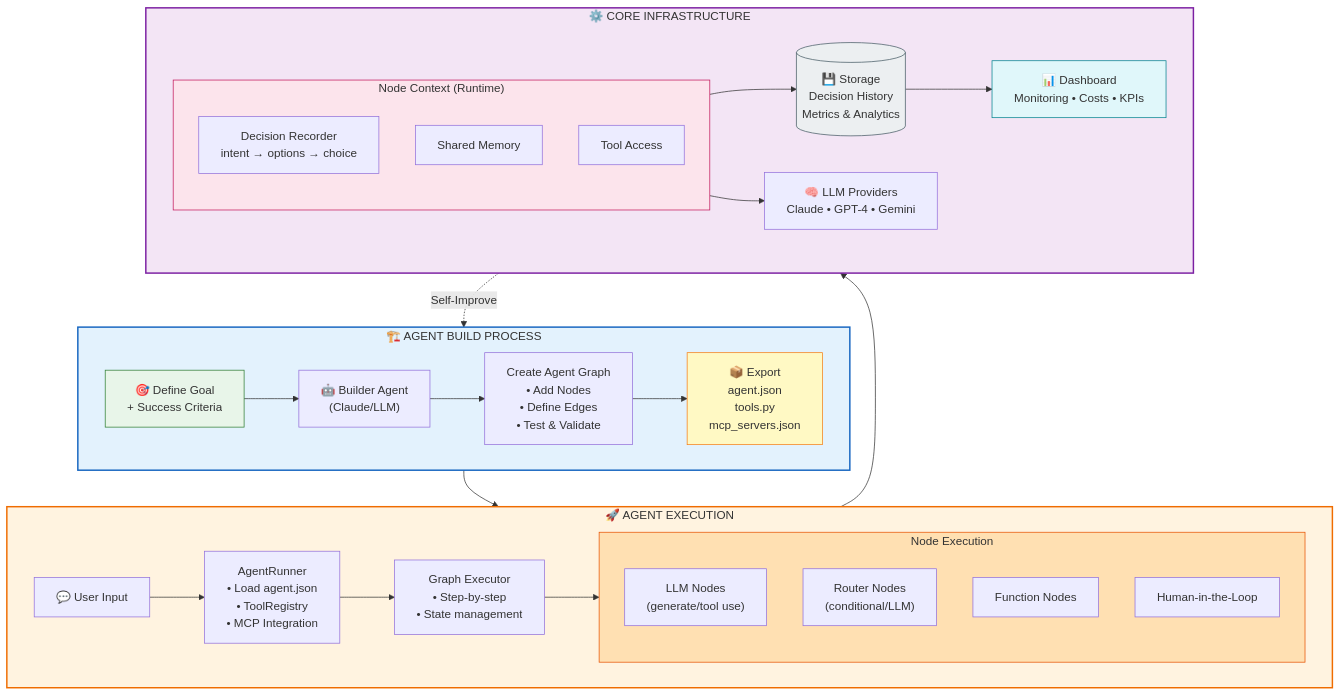
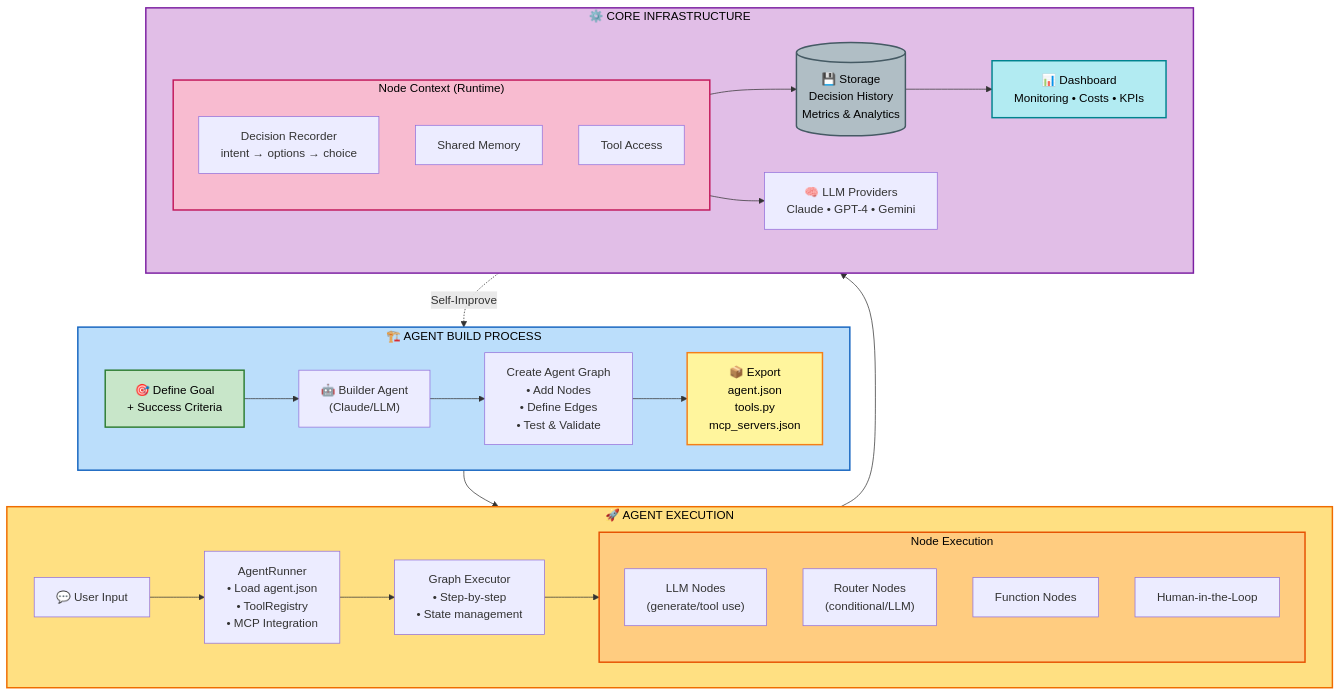
Before and after one commit to nk10nikhil/hive-spm-clone: the first of 2 diagrams in README.md, drawn with Mermaid.

Commit message:
fix: diagram color scheme

````diff
--- a/README.md
+++ b/README.md
@@ -83,67 +83,67 @@
 ```mermaid
 flowchart TB
     subgraph BUILD["🏗️ AGENT BUILD PROCESS"]
         direction LR
         GOAL["🎯 Define Goal<br/>+ Success Criteria"]
         BUILDER["🤖 Builder Agent<br/>(Claude/LLM)"]
         GRAPH["Create Agent Graph<br/>• Add Nodes<br/>• Define Edges<br/>• Test & Validate"]
         EXPORT["📦 Export<br/>agent.json<br/>tools.py<br/>mcp_servers.json"]
 
         GOAL --> BUILDER
         BUILDER --> GRAPH
         GRAPH --> EXPORT
     end
 
     subgraph RUNTIME["🚀 AGENT EXECUTION"]
         direction LR
         INPUT["💬 User Input"]
         RUNNER["AgentRunner<br/>• Load agent.json<br/>• ToolRegistry<br/>• MCP Integration"]
         EXECUTOR["Graph Executor<br/>• Step-by-step<br/>• State management"]
 
         subgraph NODES["Node Execution"]
             direction TB
             LLM_NODE["LLM Nodes<br/>(generate/tool use)"]
             ROUTER["Router Nodes<br/>(conditional/LLM)"]
             FUNC["Function Nodes"]
             HITL["Human-in-the-Loop"]
         end
 
         INPUT --> RUNNER
         RUNNER --> EXECUTOR
         EXECUTOR --> NODES
     end
 
     subgraph INFRA["⚙️ CORE INFRASTRUCTURE"]
         direction LR
 
         subgraph CTX["Node Context (Runtime)"]
             direction TB
             RUNTIME_DEC["Decision Recorder<br/>intent → options → choice"]
             MEMORY["Shared Memory"]
             TOOLS["Tool Access"]
         end
 
         LLM["🧠 LLM Providers<br/>Claude • GPT-4 • Gemini"]
 
         STORAGE[("💾 Storage<br/>Decision History<br/>Metrics & Analytics")]
 
         DASHBOARD["📊 Dashboard<br/>Monitoring • Costs • KPIs"]
     end
 
     EXPORT --> RUNNER
     NODES --> CTX
     CTX --> LLM
     CTX --> STORAGE
     STORAGE --> DASHBOARD
     STORAGE -.->|Self-Improve| BUILDER
 
-    style BUILD fill:#e3f2fd,stroke:#1565c0,stroke-width:2px
-    style RUNTIME fill:#fff3e0,stroke:#ef6c00,stroke-width:2px
-    style INFRA fill:#f3e5f5,stroke:#7b1fa2,stroke-width:2px
-    style NODES fill:#ffe0b2,stroke:#e65100
-    style CTX fill:#fce4ec,stroke:#c2185b
-    style GOAL fill:#e8f5e9,stroke:#2e7d32
-    style EXPORT fill:#fff9c4,stroke:#f57f17
-    style STORAGE fill:#eceff1,stroke:#455a64
-    style DASHBOARD fill:#e0f7fa,stroke:#00838f
+    style BUILD fill:#bbdefb,stroke:#1565c0,stroke-width:2px,color:#000
+    style RUNTIME fill:#ffe082,stroke:#ef6c00,stroke-width:2px,color:#000
+    style INFRA fill:#e1bee7,stroke:#7b1fa2,stroke-width:2px,color:#000
+    style NODES fill:#ffcc80,stroke:#e65100,stroke-width:2px,color:#000
+    style CTX fill:#f8bbd0,stroke:#c2185b,stroke-width:2px,color:#000
+    style GOAL fill:#c8e6c9,stroke:#2e7d32,stroke-width:2px,color:#000
+    style EXPORT fill:#fff59d,stroke:#f57f17,stroke-width:2px,color:#000
+    style STORAGE fill:#b0bec5,stroke:#455a64,stroke-width:2px,color:#000
+    style DASHBOARD fill:#b2ebf2,stroke:#00838f,stroke-width:2px,color:#000
 ```
````
